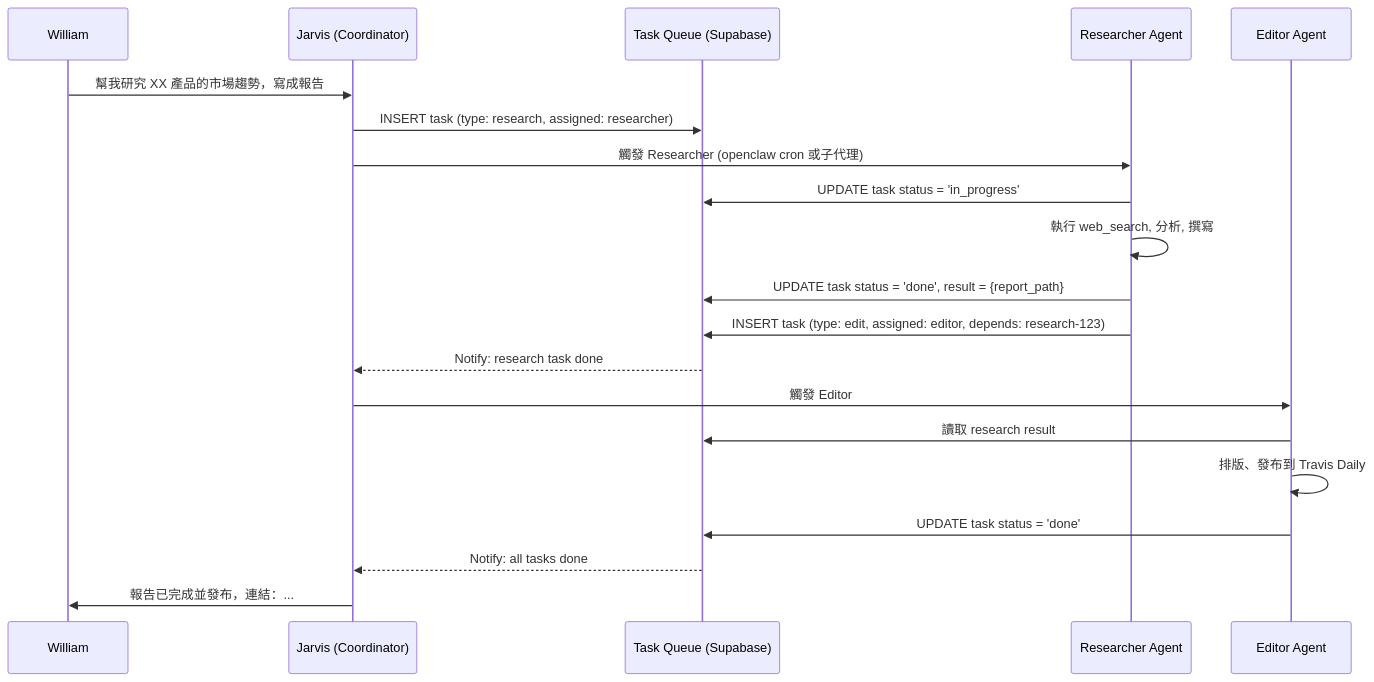
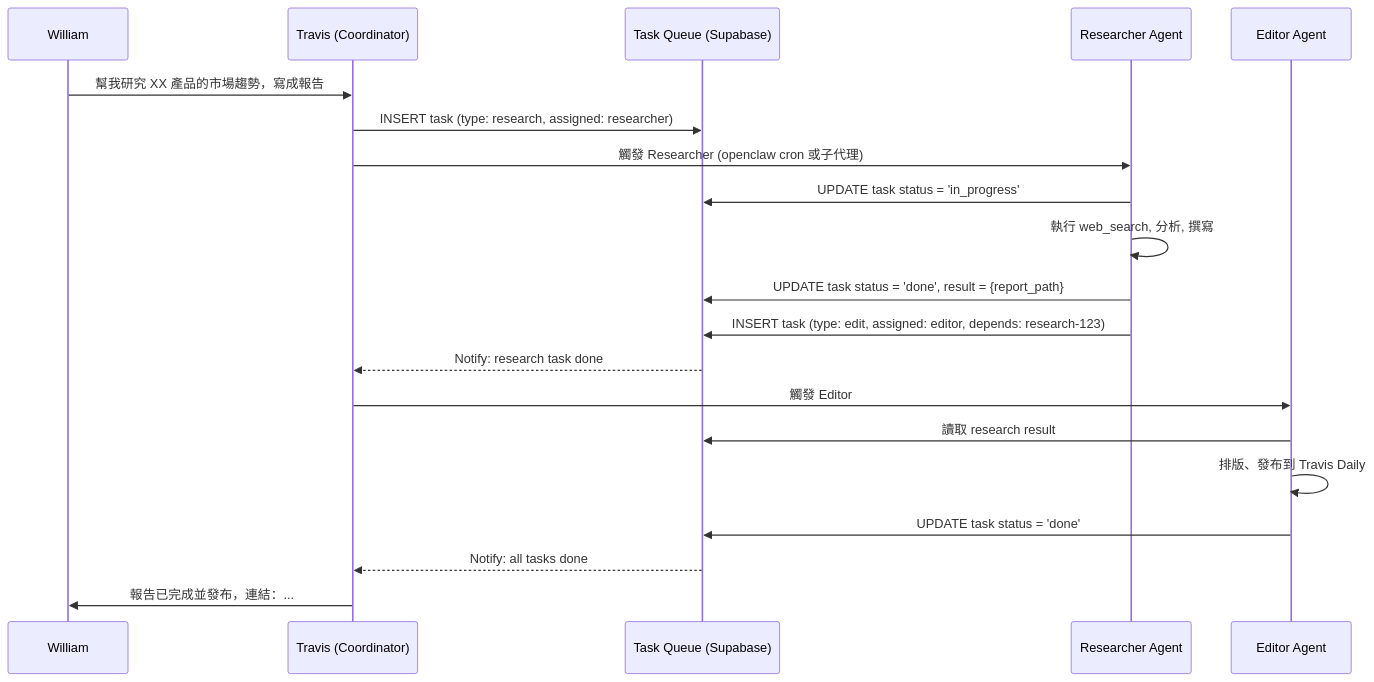
Before and after one commit to shimotmr/travis-daily: the fifth of 6 diagrams in content/reports/multi-agent-architecture.md, drawn with Mermaid. The commit also changed other lines of this file and 18 other files, not shown here.

Commit message:
fix: Jarvis → Travis brand rename (src + content)

````diff
--- a/content/reports/multi-agent-architecture.md
+++ b/content/reports/multi-agent-architecture.md
@@ -288,23 +288,23 @@
 ```mermaid
 sequenceDiagram
     participant W as William
-    participant J as Jarvis (Coordinator)
+    participant J as Travis (Coordinator)
     participant TQ as Task Queue (Supabase)
     participant R as Researcher Agent
     participant E as Editor Agent
     
     W->>J: 幫我研究 XX 產品的市場趨勢，寫成報告
     J->>TQ: INSERT task (type: research, assigned: researcher)
     J->>R: 觸發 Researcher (openclaw cron 或子代理)
     R->>TQ: UPDATE task status = 'in_progress'
     R->>R: 執行 web_search, 分析, 撰寫
     R->>TQ: UPDATE task status = 'done', result = {report_path}
     R->>TQ: INSERT task (type: edit, assigned: editor, depends: research-123)
     TQ-->>J: Notify: research task done
     J->>E: 觸發 Editor
     E->>TQ: 讀取 research result
     E->>E: 排版、發布到 Travis Daily
     E->>TQ: UPDATE task status = 'done'
     TQ-->>J: Notify: all tasks done
     J->>W: 報告已完成並發布，連結：...
 ```
````
